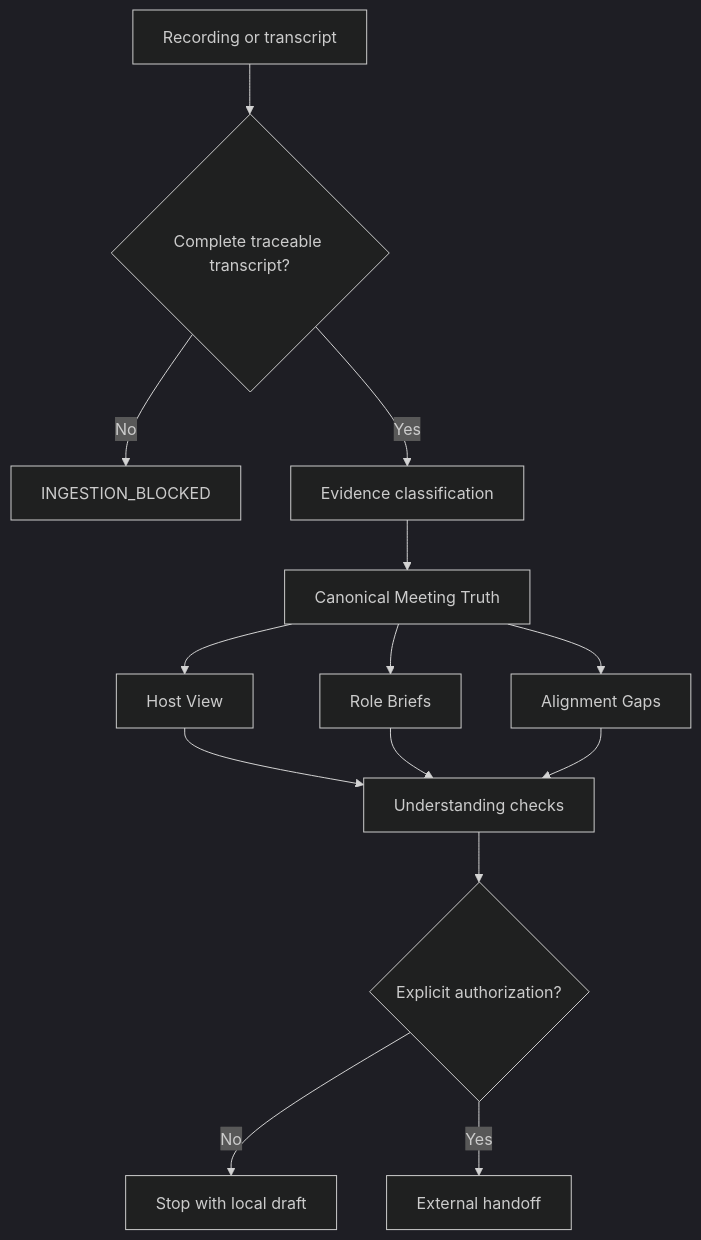
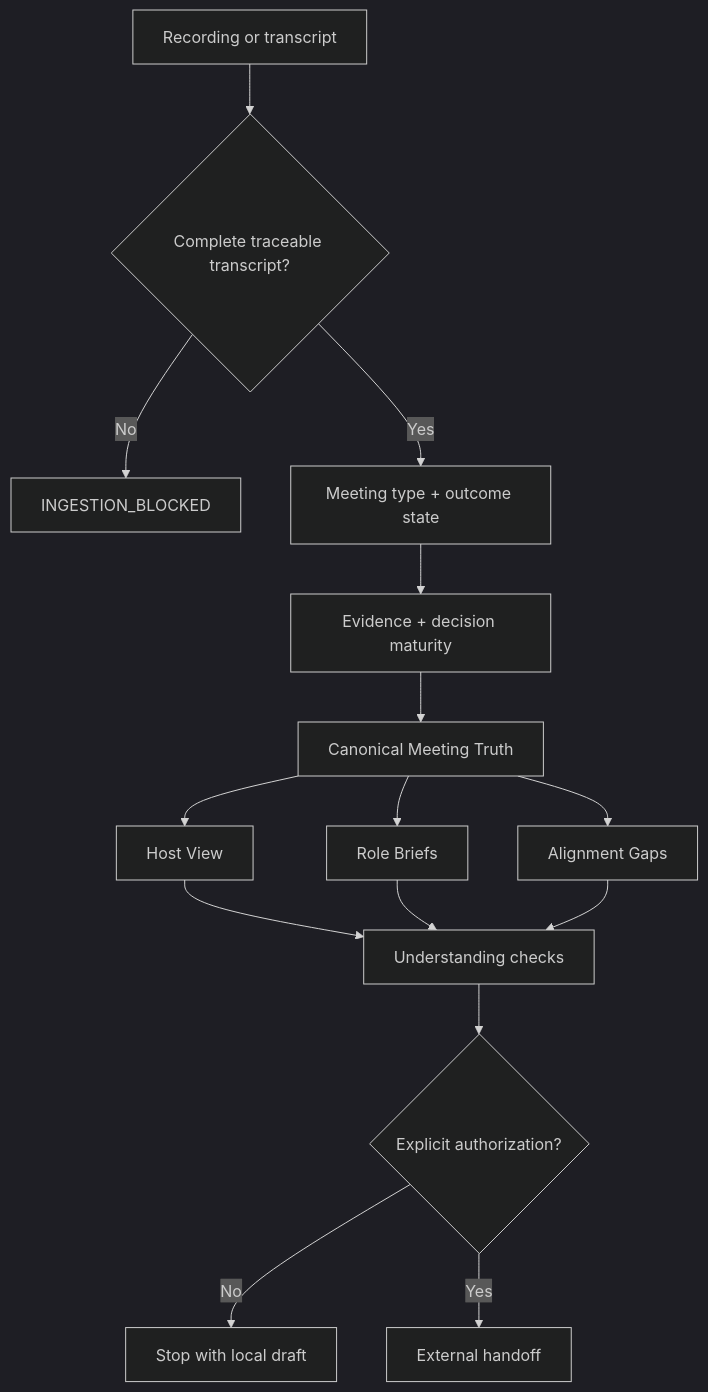
The diagram in docs/architecture.md (chiwinzhong/meeting-align), drawn with Mermaid (dark theme) before and after one commit. The commit also changed other lines of this file and 35 other files, not shown here.

````diff
--- a/docs/architecture.md
+++ b/docs/architecture.md
@@ -5,16 +5,17 @@
 ```mermaid
 flowchart TD
     A["Recording or transcript"] --> B{"Complete traceable transcript?"}
     B -- "No" --> X["INGESTION_BLOCKED"]
-    B -- "Yes" --> C["Evidence classification"]
-    C --> D["Canonical Meeting Truth"]
+    B -- "Yes" --> C["Meeting type + outcome state"]
+    C --> M["Evidence + decision maturity"]
+    M --> D["Canonical Meeting Truth"]
     D --> E["Host View"]
     D --> F["Role Briefs"]
     D --> G["Alignment Gaps"]
     E --> H["Understanding checks"]
     F --> H
     G --> H
     H --> I{"Explicit authorization?"}
     I -- "No" --> J["Stop with local draft"]
     I -- "Yes" --> K["External handoff"]
 ```
````
